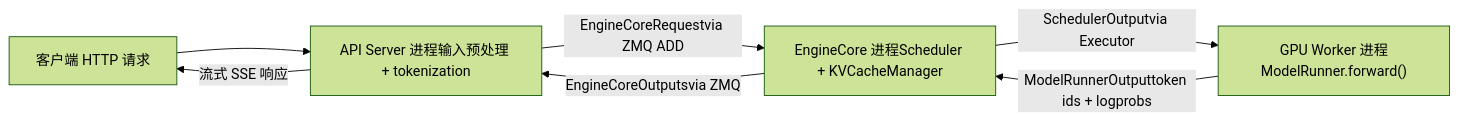
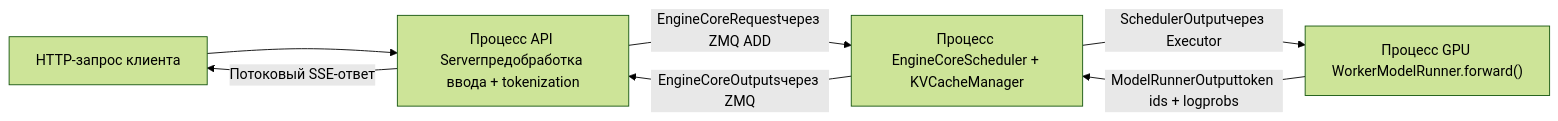
Before and after one commit to maleRjc/AiReadCodeBooks: the first of 2 diagrams in books/vllm/ru/01-design-philosophy-and-architecture.md, drawn with Mermaid (forest theme). The commit also changed other lines of this file and 74 other files, not shown here.

````diff
--- a/books/vllm/ru/01-design-philosophy-and-architecture.md
+++ b/books/vllm/ru/01-design-philosophy-and-architecture.md
@@ -33,9 +33,9 @@
 ```mermaid
 flowchart LR
-    client["客户端 HTTP 请求"] --> api["API Server 进程输入预处理 + tokenization"]
-    api -->|"EngineCoreRequestvia ZMQ ADD"| core["EngineCore 进程Scheduler + KVCacheManager"]
-    core -->|"SchedulerOutputvia Executor"| worker["GPU Worker 进程ModelRunner.forward()"]
+    client["HTTP-запрос клиента"] --> api["Процесс API Serverпредобработка ввода + tokenization"]
+    api -->|"EngineCoreRequestчерез ZMQ ADD"| core["Процесс EngineCoreScheduler + KVCacheManager"]
+    core -->|"SchedulerOutputчерез Executor"| worker["Процесс GPU WorkerModelRunner.forward()"]
     worker -->|"ModelRunnerOutputtoken ids + logprobs"| core
-    core -->|"EngineCoreOutputsvia ZMQ"| api
-    api -->|"流式 SSE 响应"| client
+    core -->|"EngineCoreOutputsчерез ZMQ"| api
+    api -->|"Потоковый SSE-ответ"| client
 ```
````
